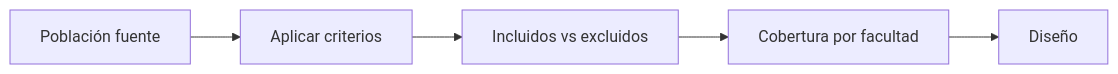
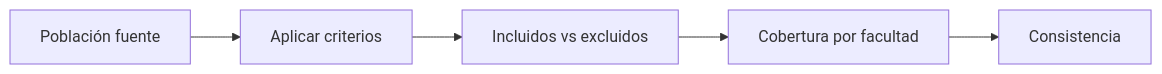
The diagram in Obsidian_Prosecnur/Prosecnur/Módulos/05 Calculador de muestras/Modos/01 Muestra de cursos-horario/Secciones/02 Marco/Pestañas/05 Cobertura universitaria/Cobertura universitaria.md (GonzaloAlmendariz/prosecnur-app), drawn with Mermaid before and after one commit. The commit also changed other lines of this file and 16 other files, not shown here.

````diff
--- a/Obsidian_Prosecnur/Prosecnur/Módulos/05 Calculador de muestras/Modos/01 Muestra de cursos-horario/Secciones/02 Marco/Pestañas/05 Cobertura universitaria/Cobertura universitaria.md
+++ b/Obsidian_Prosecnur/Prosecnur/Módulos/05 Calculador de muestras/Modos/01 Muestra de cursos-horario/Secciones/02 Marco/Pestañas/05 Cobertura universitaria/Cobertura universitaria.md
@@ -19,7 +19,7 @@
 ```mermaid
 flowchart LR
     A[Población fuente] --> B[Aplicar criterios]
     B --> C[Incluidos vs excluidos]
     C --> D[Cobertura por facultad]
-    D --> E[Diseño]
+    D --> E[Consistencia]
 ```
````
